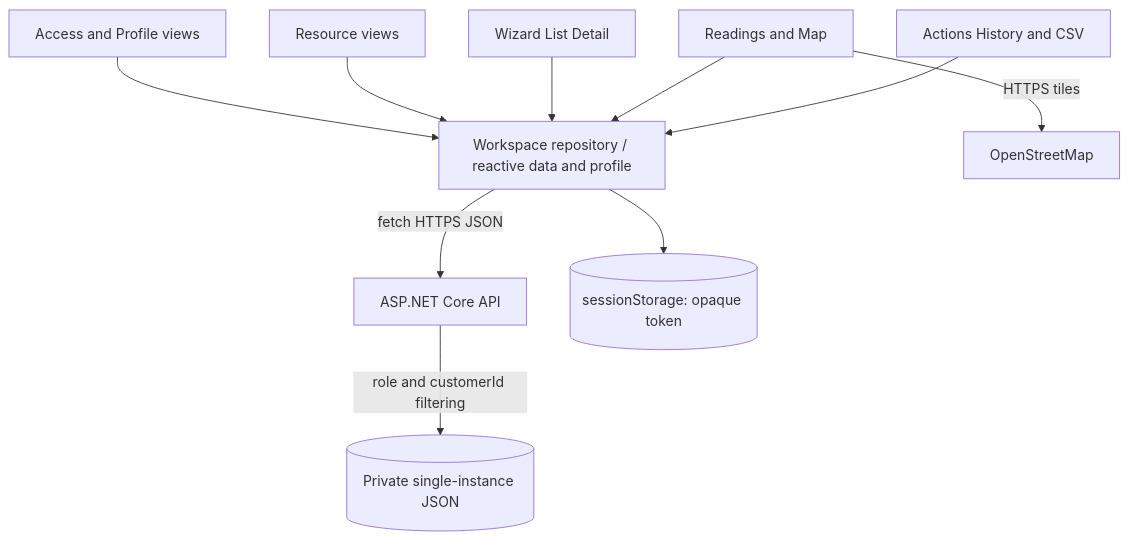
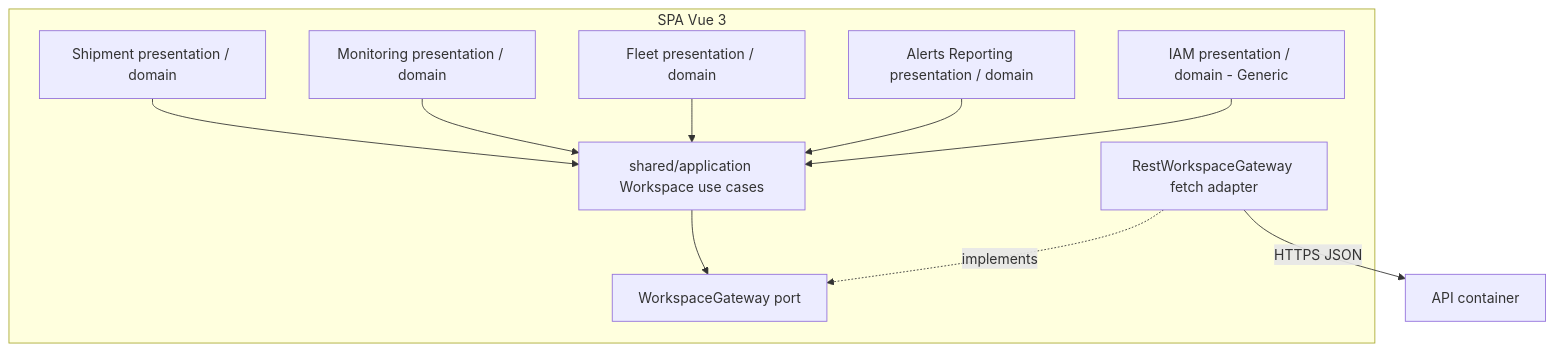
Before and after one commit to upc-pre-202620-1asi0730-8088-FrioTrackk/report-friotrack: the diagram in assets/architecture/frontend-components.mmd, drawn with Mermaid. The commit also changed 15 other files, not shown here.

First line of the commit message:
docs(architecture): separate C4 containers and define DDD aggregate boundaries

```diff
--- a/assets/architecture/frontend-components.mmd
+++ b/assets/architecture/frontend-components.mmd
@@ -1,10 +1,19 @@
 flowchart TB
-  IAM[Access and Profile views] --> Repository
-  Fleet[Resource views] --> Repository
-  Shipment[Wizard List Detail] --> Repository
-  Monitoring[Readings and Map] --> Repository
-  Alerts[Actions History and CSV] --> Repository
-  Repository[Workspace repository / reactive data and profile] -->|fetch HTTPS JSON| API[ASP.NET Core API]
-  Repository --> Session[(sessionStorage: opaque token)]
-  Monitoring -->|HTTPS tiles| OSM[OpenStreetMap]
-  API -->|role and customerId filtering| State[(Private single-instance JSON)]
+  subgraph spa[SPA Vue 3]
+    shipment[Shipment presentation / domain]
+    monitoring[Monitoring presentation / domain]
+    fleet[Fleet presentation / domain]
+    alerts[Alerts Reporting presentation / domain]
+    iam[IAM presentation / domain - Generic]
+    app[shared/application Workspace use cases]
+    port[WorkspaceGateway port]
+    adapter[RestWorkspaceGateway fetch adapter]
+    shipment --> app
+    monitoring --> app
+    fleet --> app
+    alerts --> app
+    iam --> app
+    app --> port
+    adapter -. implements .-> port
+  end
+  adapter -->|HTTPS JSON| api[API container]
```
